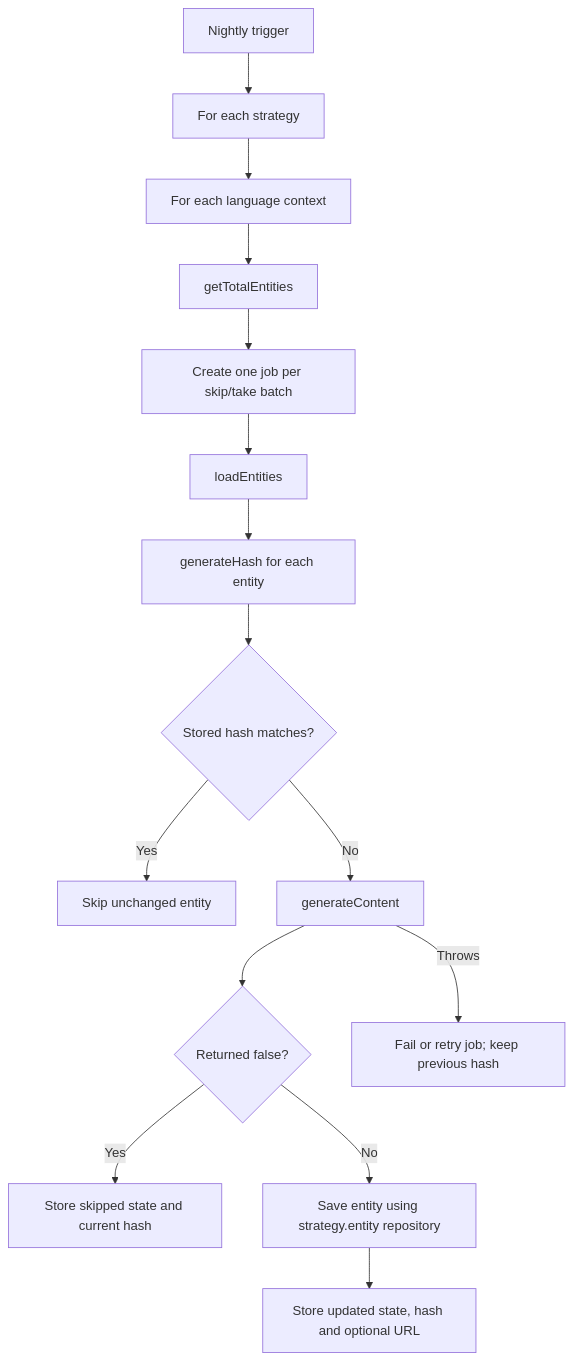
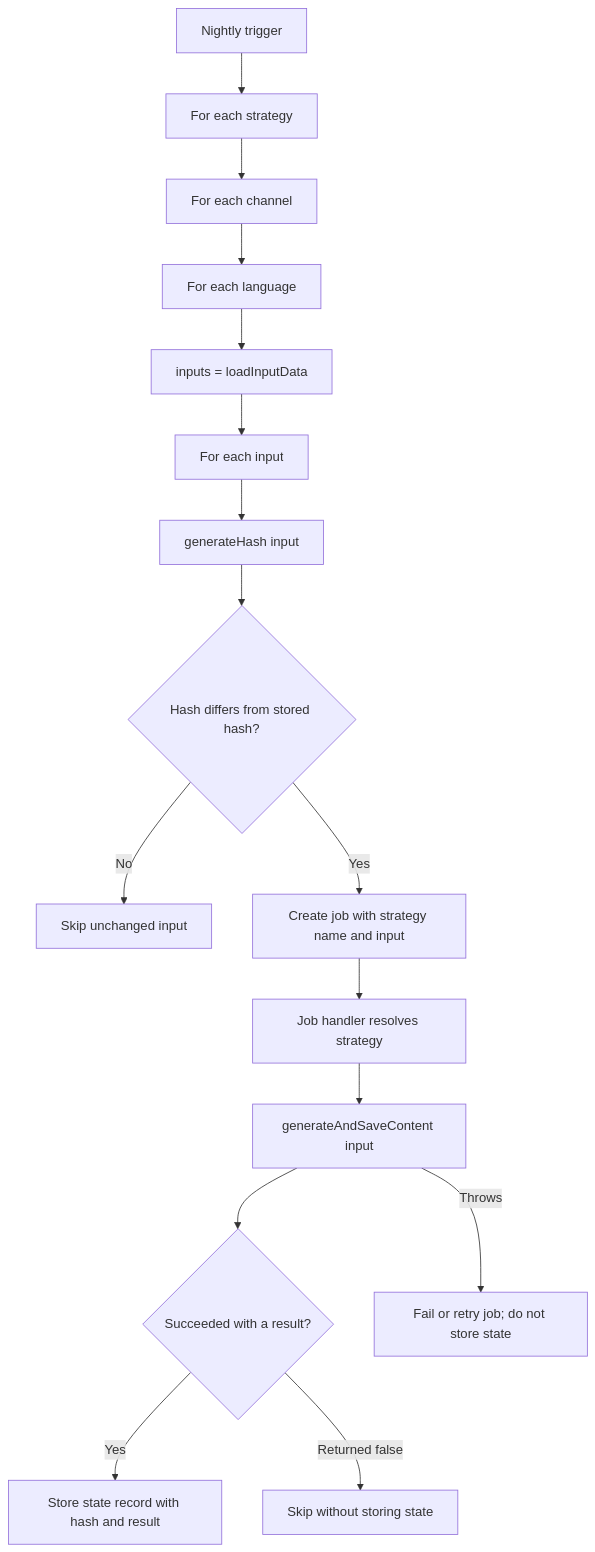
Before and after one commit to Pinelab-studio/pinelab-vendure-plugins: the diagram in packages/vendure-plugin-content-automation/PLAN.md, drawn with Mermaid. The commit also changed other lines of this file, not shown here.

Commit message:
docs: update content automation plan

````diff
--- a/packages/vendure-plugin-content-automation/PLAN.md
+++ b/packages/vendure-plugin-content-automation/PLAN.md
@@ -66,17 +140,18 @@
 ```mermaid
 flowchart TD
     A[Nightly trigger] --> B[For each strategy]
-    B --> C[For each language context]
-    C --> D[getTotalEntities]
-    D --> E[Create one job per skip/take batch]
-    E --> F[loadEntities]
-    F --> G[generateHash for each entity]
-    G --> H{Stored hash matches?}
-    H -- Yes --> I[Skip unchanged entity]
-    H -- No --> J[generateContent]
-    J --> K{Returned false?}
-    K -- Yes --> L[Store skipped state and current hash]
-    K -- No --> M[Save entity using strategy.entity repository]
-    M --> N[Store updated state, hash and optional URL]
-    J -- Throws --> O[Fail or retry job; keep previous hash]
+    B --> C[For each channel]
+    C --> D[For each language]
+    D --> E[inputs = loadInputData]
+    E --> F[For each input]
+    F --> G[generateHash input]
+    G --> H{Hash differs from stored hash?}
+    H -- No --> I[Skip unchanged input]
+    H -- Yes --> J[Create job with strategy name and input]
+    J --> K[Job handler resolves strategy]
+    K --> L[generateAndSaveContent input]
+    L --> M{Succeeded with a result?}
+    M -- Yes --> N[Store state record with hash and result]
+    M -- Returned false --> O[Skip without storing state]
+    L -- Throws --> P[Fail or retry job; do not store state]
 ```
````
